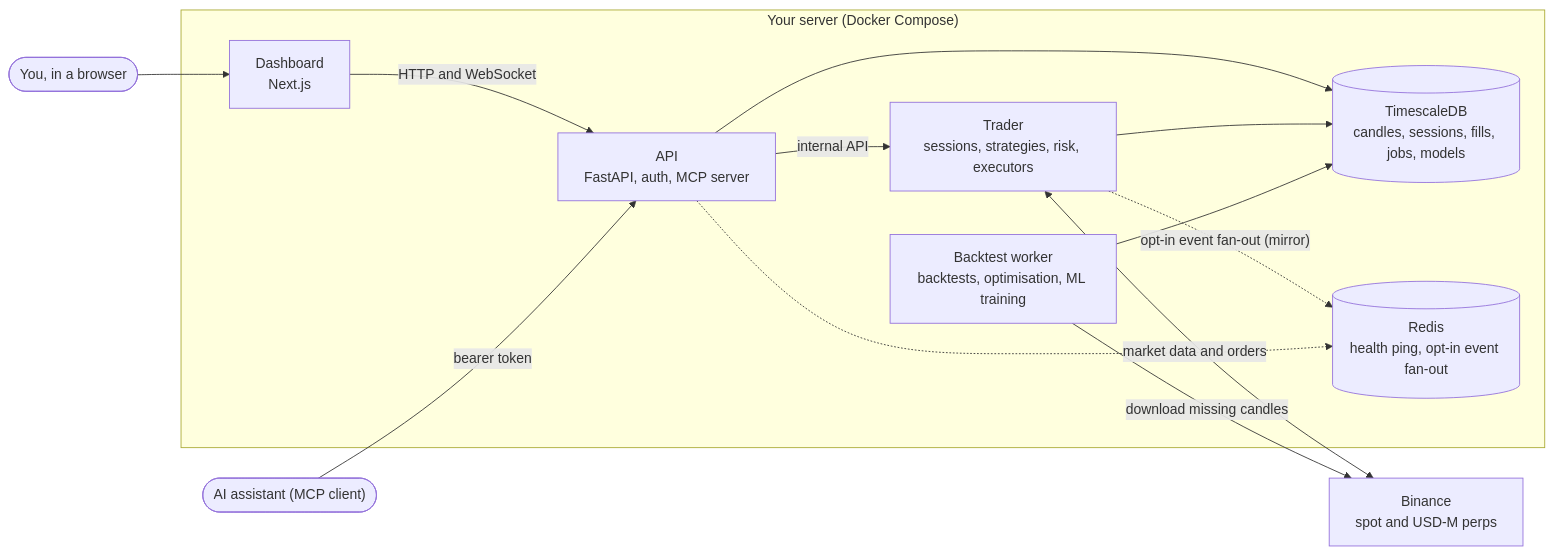
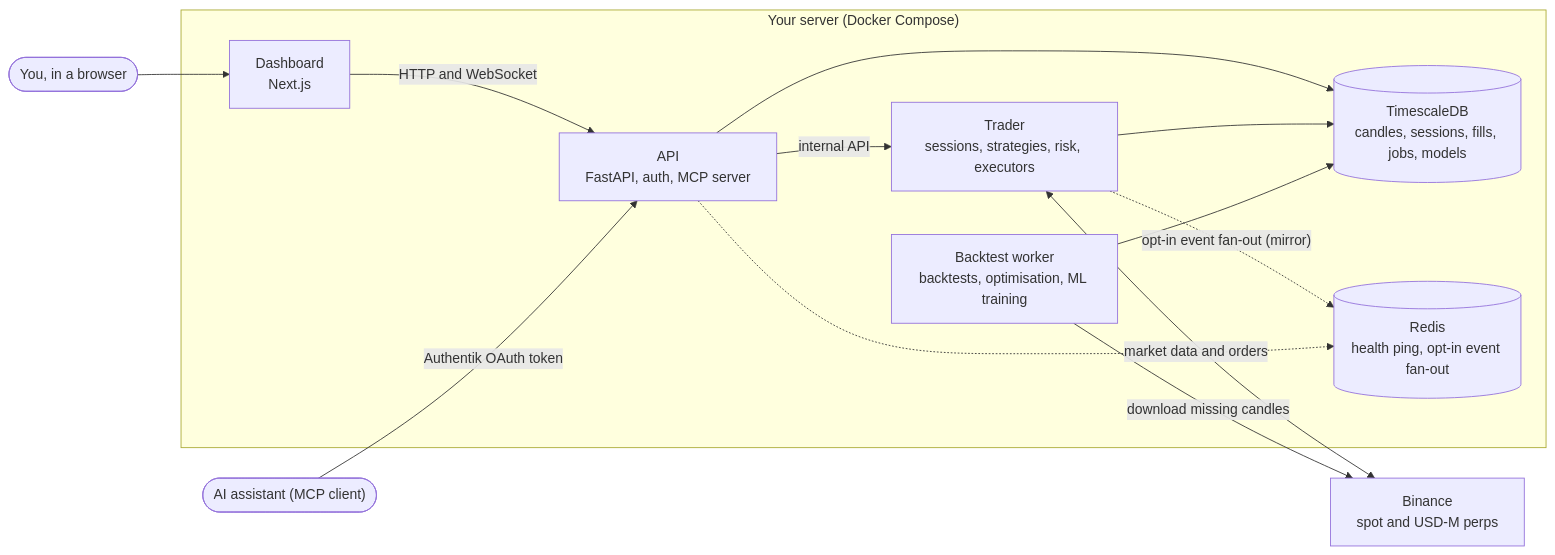
One commit to somatczk/hydra changed the first of 4 diagrams in README.md. Above: the diagram before and after it, drawn with Mermaid. The commit also changed other lines of this file and 1 other file, not shown here.

Commit message:
docs: connecting an MCP client to the Authentik-gated endpoint

````diff
--- a/README.md
+++ b/README.md
@@ -76,27 +77,27 @@
 ```mermaid
 flowchart LR
     you(["You, in a browser"])
     ai(["AI assistant (MCP client)"])
     binance["Binance<br/>spot and USD-M perps"]
 
     subgraph stack["Your server (Docker Compose)"]
         dash["Dashboard<br/>Next.js"]
         api["API<br/>FastAPI, auth, MCP server"]
         trader["Trader<br/>sessions, strategies, risk, executors"]
         worker["Backtest worker<br/>backtests, optimisation, ML training"]
         db[("TimescaleDB<br/>candles, sessions, fills, jobs, models")]
         redis[("Redis<br/>health ping, opt-in event fan-out")]
     end
 
     you --> dash
     dash -->|"HTTP and WebSocket"| api
-    ai -->|"bearer token"| api
+    ai -->|"Authentik OAuth token"| api
     api -->|"internal API"| trader
     api --> db
     trader --> db
     worker --> db
     trader <-->|"market data and orders"| binance
     worker -->|"download missing candles"| binance
     trader -.->|"opt-in event fan-out (mirror)"| redis
     api -.-> redis
 ```
````
